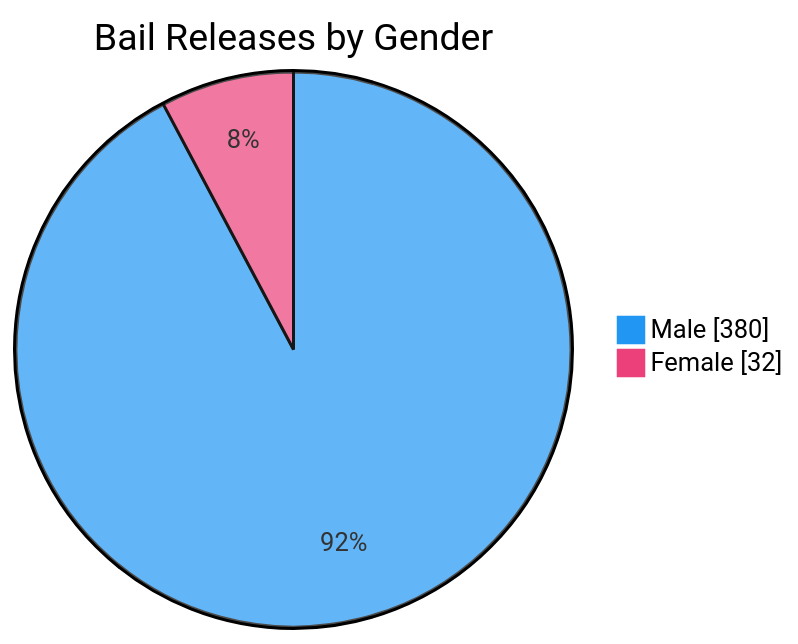
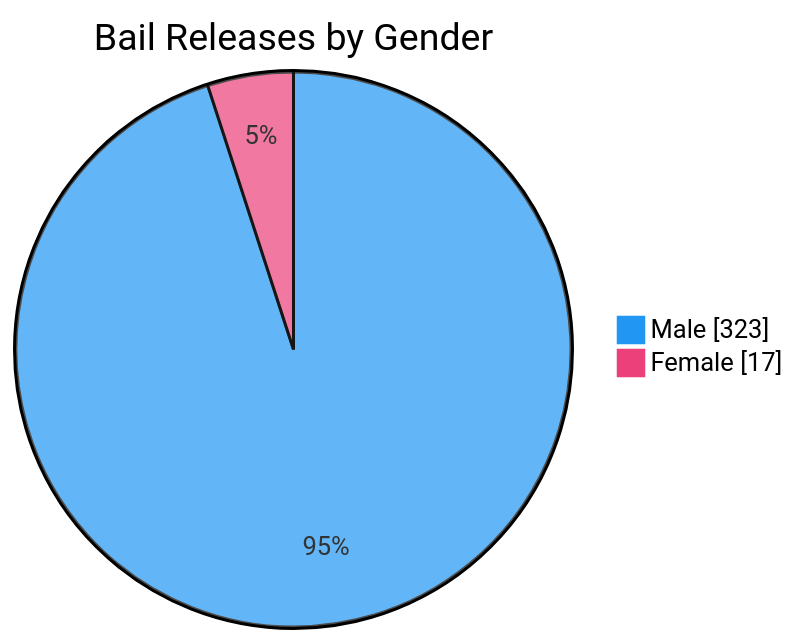
One commit to nuuuwan/lk_prisons changed the seventh of 7 diagrams in README.md. Above: the diagram before and after it, drawn with Mermaid. The commit also changed other lines of this file and 1 other file, not shown here.

````diff
--- a/README.md
+++ b/README.md
@@ -109,6 +109,6 @@
 ```mermaid
 %%{init: {'themeVariables': {'pie1': '#2196F3', 'pie2': '#EC407A'}}}%%
 pie showData title Bail Releases by Gender
-    "Male" : 380
-    "Female" : 32
+    "Male" : 323
+    "Female" : 17
 ```
````
